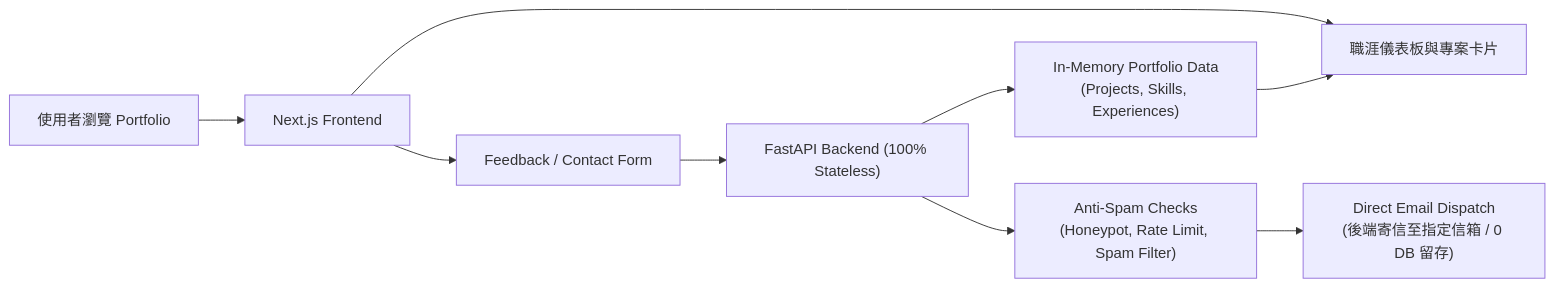
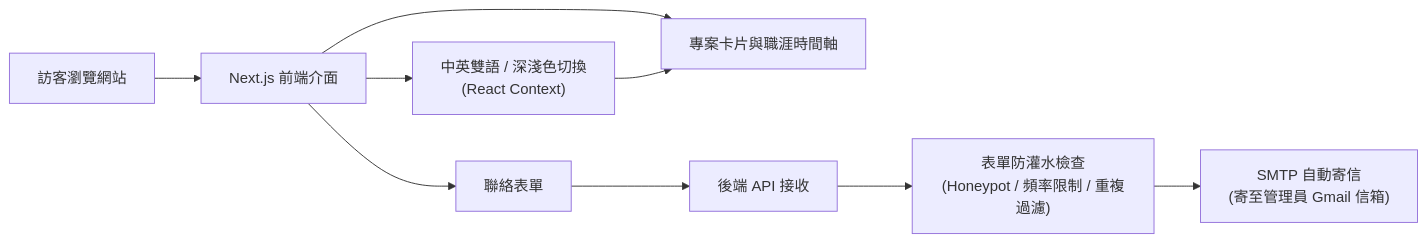
The diagram in README.md (dec591nyc/17s_portfolio), drawn with Mermaid before and after one commit. The commit also changed other lines of this file and 1 other file, not shown here.

````diff
--- a/README.md
+++ b/README.md
@@ -22,11 +32,11 @@
 ```mermaid
 flowchart LR
-    A["使用者瀏覽 Portfolio"] --> B["Next.js Frontend"]
-    B --> C["職涯儀表板與專案卡片"]
-    B --> D["Feedback / Contact Form"]
-    D --> E["FastAPI Backend (100% Stateless)"]
-    E --> F["Anti-Spam Checks\n(Honeypot, Rate Limit, Spam Filter)"]
-    F --> G["Direct Email Dispatch\n(後端寄信至指定信箱 / 0 DB 留存)"]
-    E --> H["In-Memory Portfolio Data\n(Projects, Skills, Experiences)"]
-    H --> C
+    A["訪客瀏覽網站"] --> B["Next.js 前端介面"]
+    B --> C["專案卡片與職涯時間軸"]
+    B --> D["中英雙語 / 深淺色切換\n(React Context)"]
+    D --> C
+    B --> E["聯絡表單"]
+    E --> F["後端 API 接收"]
+    F --> G["表單防灌水檢查\n(Honeypot / 頻率限制 / 重複過濾)"]
+    G --> H["SMTP 自動寄信\n(寄至管理員 Gmail 信箱)"]
 ```
````
